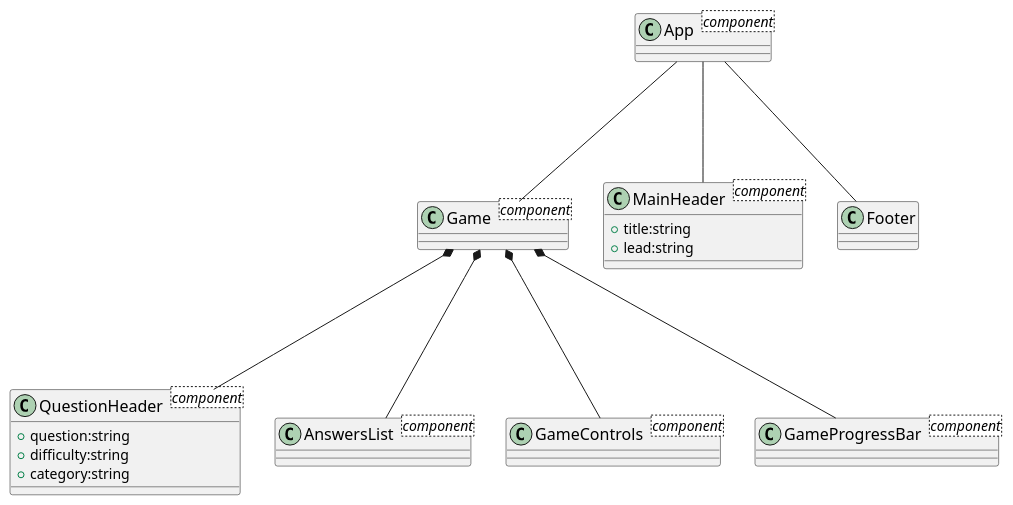
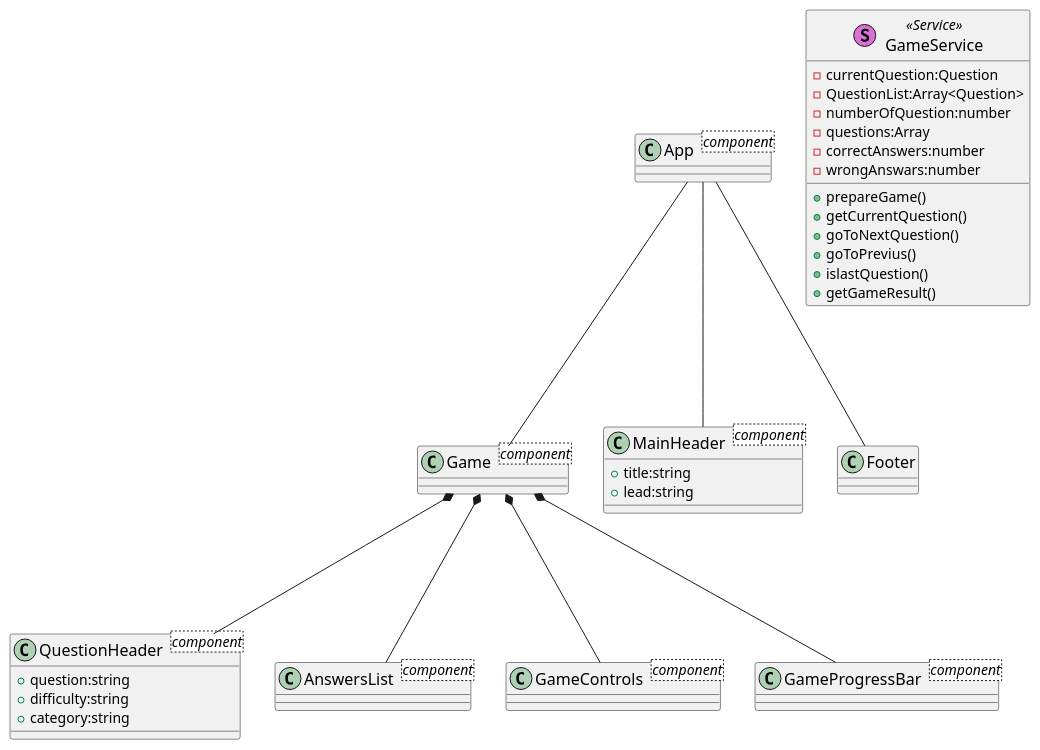
One commit to corsidrive/2020-21-QuizApp-Angular changed the diagram in __docs__/angular_quiz.component.puml. Above: the diagram before and after it, drawn with PlantUML. The commit also changed 3 other files, not shown here.

```diff
--- a/__docs__/angular_quiz.component.puml
+++ b/__docs__/angular_quiz.component.puml
@@ -1,41 +1,59 @@
 @startuml
 
 'https://plantuml.com/skinparam
 'https://plantuml-documentation.readthedocs.io/en/latest/formatting/all-skin-params.html
 'java -jar plantuml.jar -language
 
 skinparam shadowing false
 skinparam classFontSize 16
 skinparam classStereotypeFontSize 14
 'skinparam monochrome reverse
 'skinparam classFontColor red
 'skinparam classFontName Aapex
 
 
   App --- Game
   App --- MainHeader
   App --- Footer
 
   Game *--- QuestionHeader 
   Game *--- AnswersList
   Game *--- GameControls
   Game *--- GameProgressBar
 
   class App <component> {}
 
   class MainHeader <component> {
     + title:string
     + lead:string 
   }
 
   class QuestionHeader <component> {
     + question:string
     + difficulty:string
     + category:string
   }
 
   class Game <component>
   class GameControls <component>
   class GameProgressBar <component>
   class AnswersList <component>
+
+
+  
+  class GameService << (S,orchid) Service >> {
+      - currentQuestion:Question
+      - QuestionList:Array<Question>
+      - numberOfQuestion:number
+      - questions:Array
+      - correctAnswers:number
+      - wrongAnswars:number
+      ' imposta la partita imposta la pria domanda
+      + prepareGame()
+      + getCurrentQuestion()
+      + goToNextQuestion()
+      + goToPrevius()
+      + islastQuestion()
+      + getGameResult()
+  }
 @enduml
```
